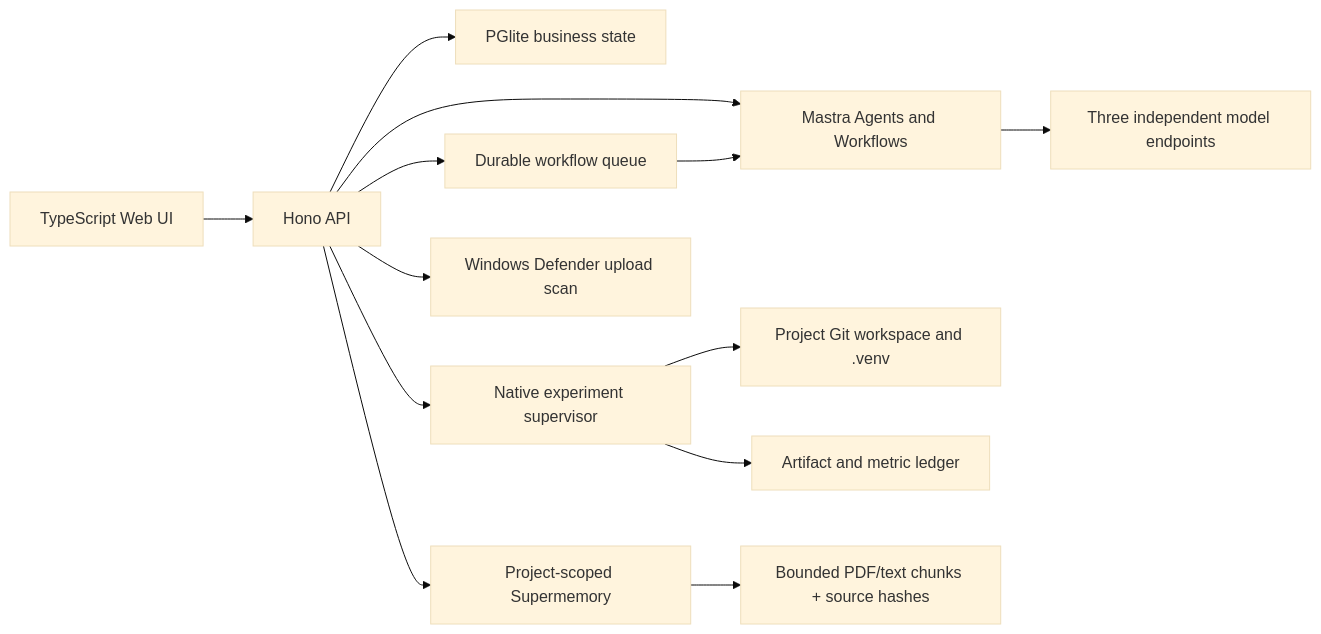
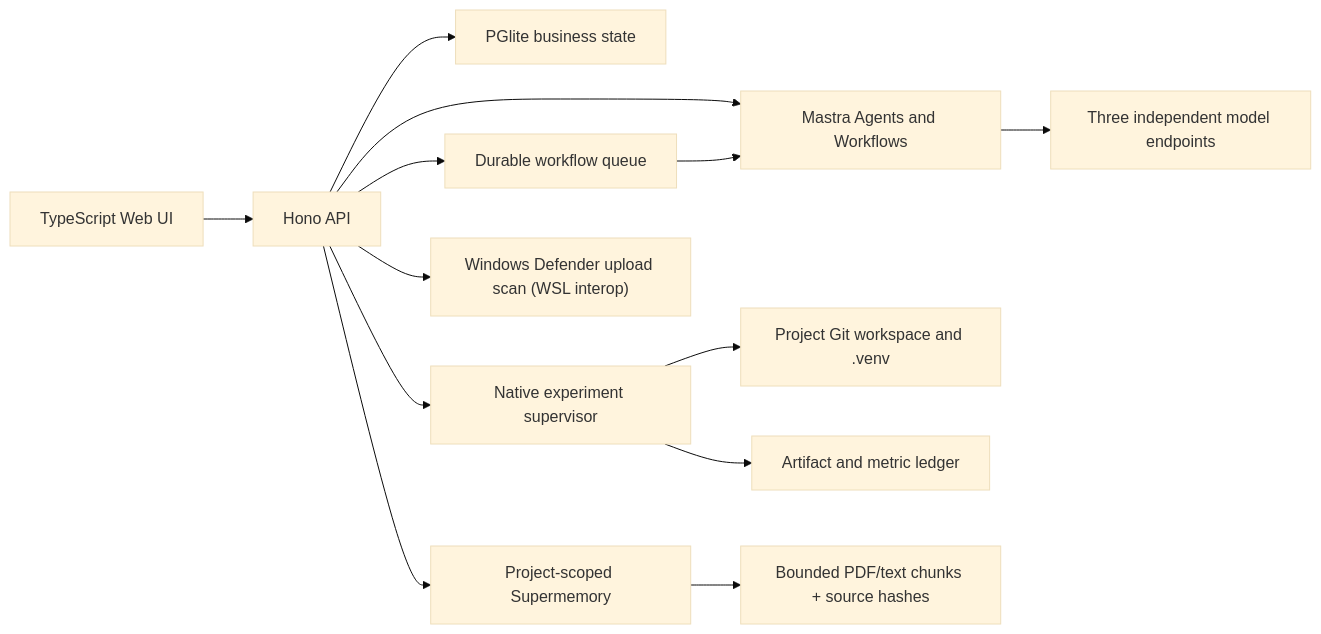
One commit to Karbo123/ResearchOS changed the diagram in docs/architecture.md. Above: the diagram before and after it, drawn with Mermaid (base theme). The commit also changed other lines of this file and 18 other files, not shown here.

````diff
--- a/docs/architecture.md
+++ b/docs/architecture.md
@@ -5,15 +5,15 @@
 ```mermaid
 flowchart LR
   Browser["TypeScript Web UI"] --> API["Hono API"]
   API --> State["PGlite business state"]
   API --> Mastra["Mastra Agents and Workflows"]
   Mastra --> Models["Three independent model endpoints"]
   API --> Queue["Durable workflow queue"]
   Queue --> Mastra
   API --> Runner["Native experiment supervisor"]
   Runner --> Project["Project Git workspace and .venv"]
   Runner --> Artifacts["Artifact and metric ledger"]
-  API --> Defender["Windows Defender upload scan"]
+  API --> Defender["Windows Defender upload scan (WSL interop)"]
   API --> Memory["Project-scoped Supermemory"]
   Memory --> Chunks["Bounded PDF/text chunks + source hashes"]
 ```
````
